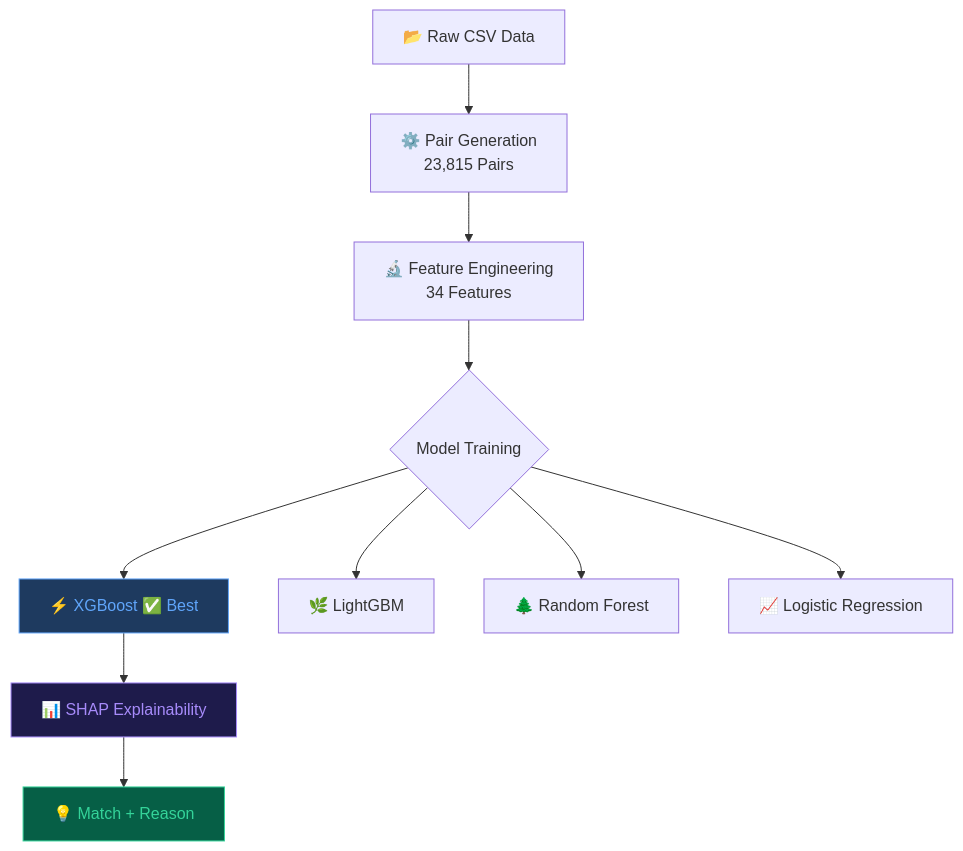
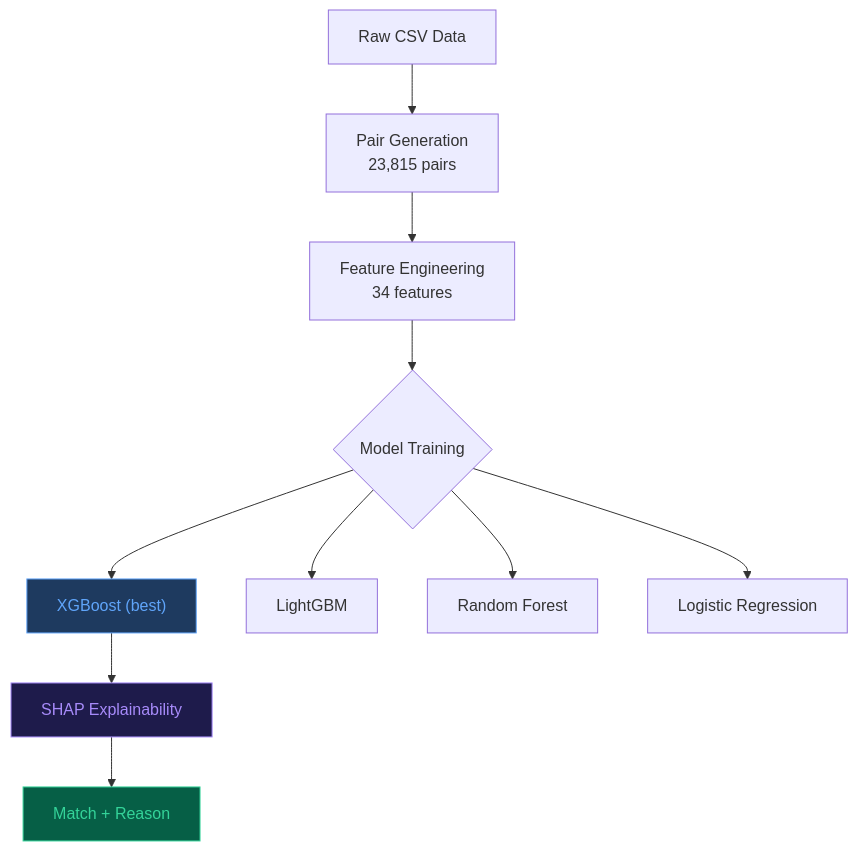
The fourth of 6 diagrams in README.md (Piyush6046/Piyush6046), drawn with Mermaid before and after one commit. The commit also changed other lines of this file, not shown here.

````diff
--- a/README.md
+++ b/README.md
@@ -350,16 +250,16 @@
 ```mermaid
 flowchart TD
-    A[📂 Raw CSV Data] --> B[⚙️ Pair Generation\n23,815 Pairs]
-    B --> C[🔬 Feature Engineering\n34 Features]
-    C --> D{Model Training}
-    D --> E[⚡ XGBoost ✅ Best]
-    D --> F[🌿 LightGBM]
-    D --> G[🌲 Random Forest]
-    D --> H[📈 Logistic Regression]
-    E --> I[📊 SHAP Explainability]
-    I --> J[💡 Match + Reason]
+    A["Raw CSV Data"] --> B["Pair Generation<br/>23,815 pairs"]
+    B --> C["Feature Engineering<br/>34 features"]
+    C --> D{"Model Training"}
+    D --> E["XGBoost (best)"]
+    D --> F["LightGBM"]
+    D --> G["Random Forest"]
+    D --> H["Logistic Regression"]
+    E --> I["SHAP Explainability"]
+    I --> J["Match + Reason"]
 
     style E fill:#1e3a5f,color:#60a5fa,stroke:#60a5fa
     style I fill:#1e1b4b,color:#a78bfa,stroke:#a78bfa
     style J fill:#065f46,color:#34d399,stroke:#34d399
 ```
````
